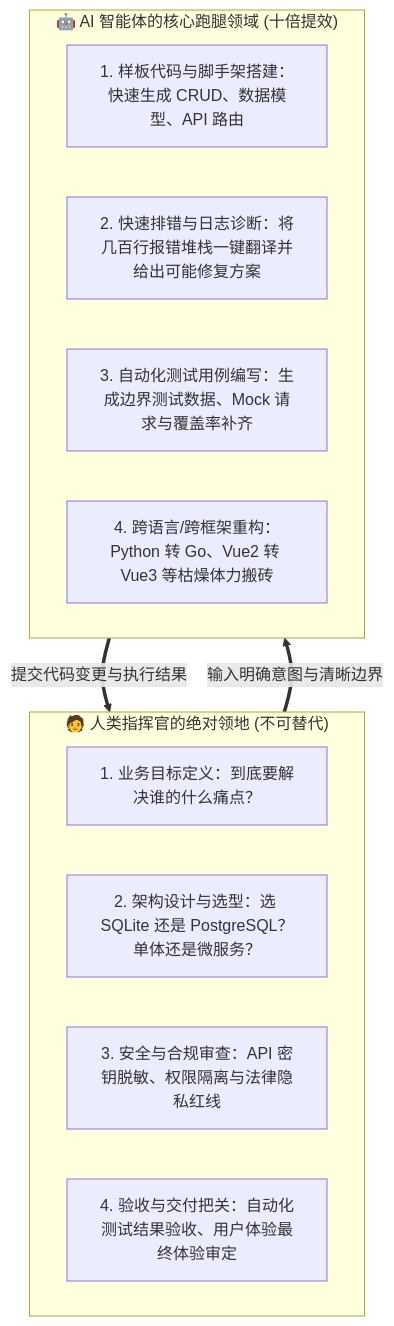
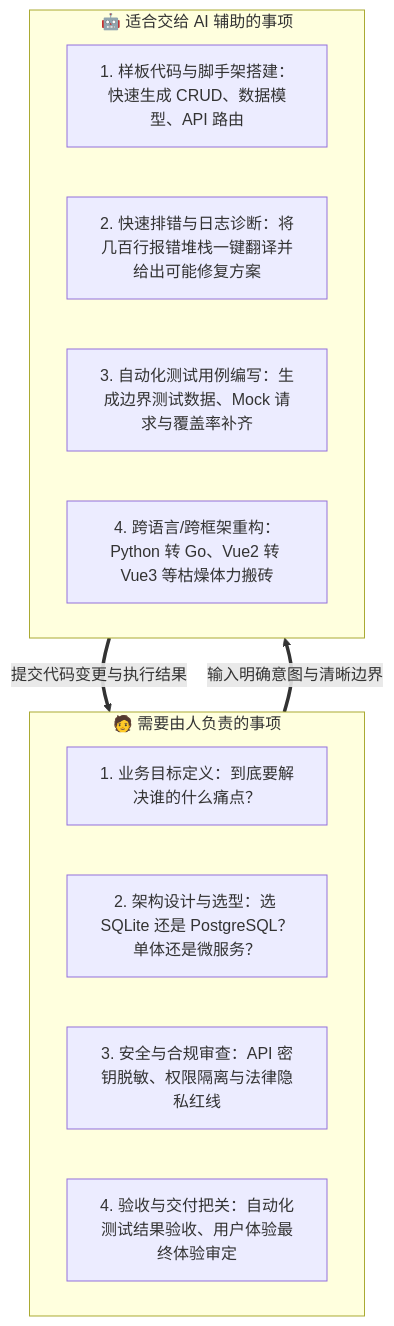
One commit to buffer121328/vibe-coding-and-agents changed the fourth of 4 diagrams in 14_如何正确的使用agent工具/01_认清楚各个AI的界限.md. Above: the diagram before and after it, drawn with Mermaid. The commit also changed other lines of this file and 147 other files, not shown here.

````diff
--- a/14_如何正确的使用agent工具/01_认清楚各个AI的界限.md
+++ b/14_如何正确的使用agent工具/01_认清楚各个AI的界限.md
@@ -139,19 +138,19 @@
 ```mermaid
 flowchart TD
-    subgraph HumanZone ["🧑 人类指挥官的绝对领地 (不可替代)"]
+    subgraph HumanZone ["🧑 需要由人负责的事项"]
         H1["1. 业务目标定义：到底要解决谁的什么痛点？"]
         H2["2. 架构设计与选型：选 SQLite 还是 PostgreSQL？单体还是微服务？"]
         H3["3. 安全与合规审查：API 密钥脱敏、权限隔离与法律隐私红线"]
         H4["4. 验收与交付把关：自动化测试结果验收、用户体验最终体验审定"]
     end
 
-    subgraph AIZone ["🤖 AI 智能体的核心跑腿领域 (十倍提效)"]
+    subgraph AIZone ["🤖 适合交给 AI 辅助的事项"]
         A1["1. 样板代码与脚手架搭建：快速生成 CRUD、数据模型、API 路由"]
         A2["2. 快速排错与日志诊断：将几百行报错堆栈一键翻译并给出可能修复方案"]
         A3["3. 自动化测试用例编写：生成边界测试数据、Mock 请求与覆盖率补齐"]
         A4["4. 跨语言/跨框架重构：Python 转 Go、Vue2 转 Vue3 等枯燥体力搬砖"]
     end
 
     HumanZone ==>|输入明确意图与清晰边界| AIZone
     AIZone ==>|提交代码变更与执行结果| HumanZone
 ```
````
